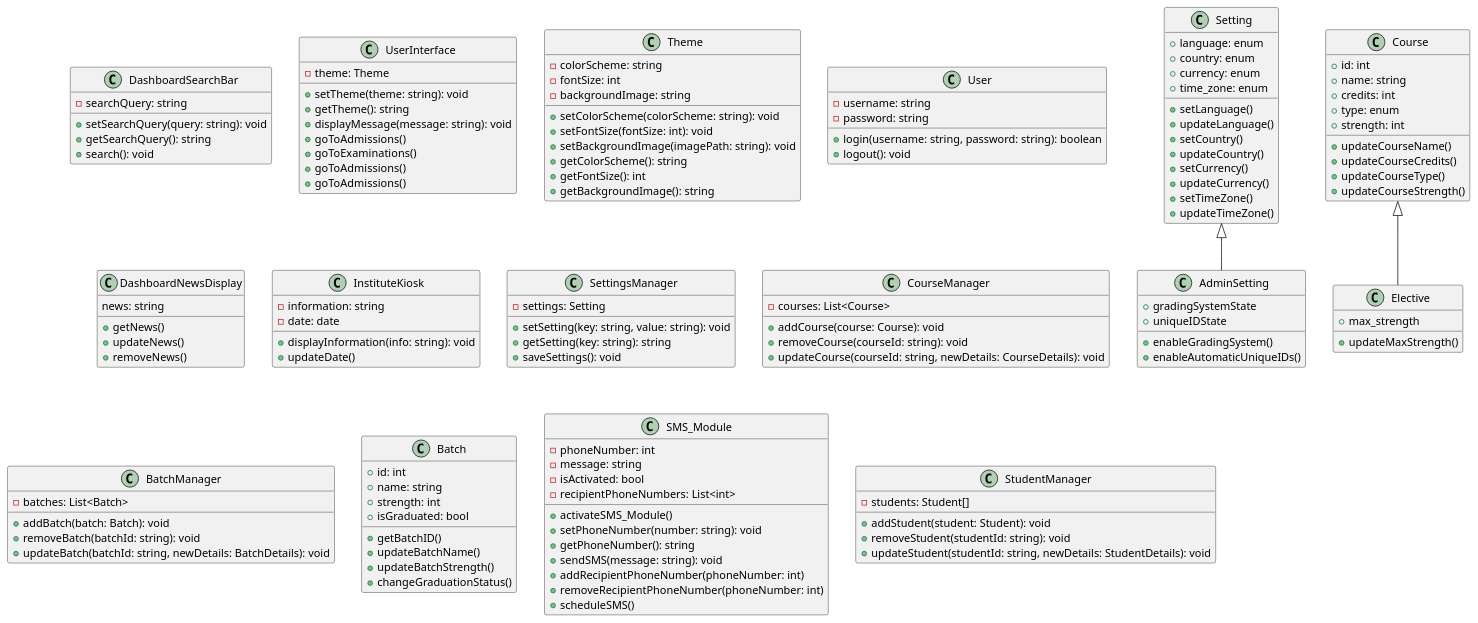
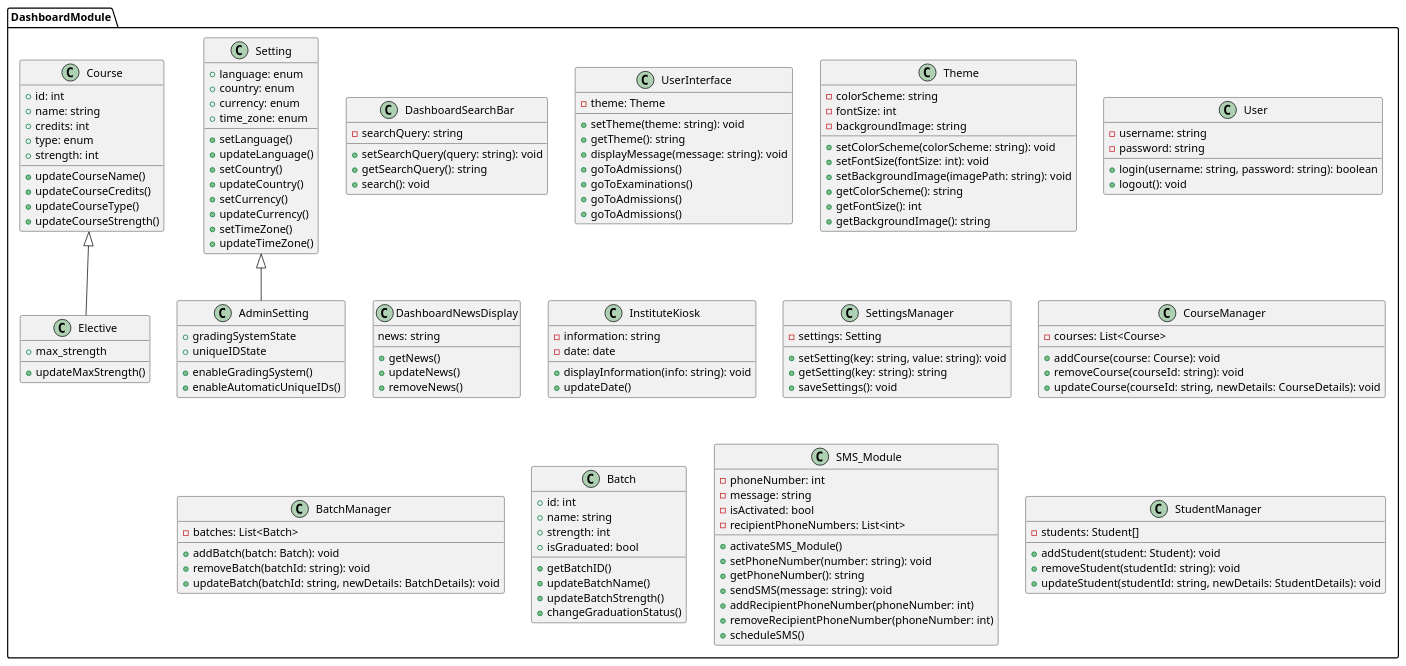
Before and after one commit to anshium/DASS-Assignment-3-IMS-System-Design: the diagram in dashboard.plantuml, drawn with PlantUML. The commit also changed 9 other files, not shown here.

```diff
--- a/dashboard.plantuml
+++ b/dashboard.plantuml
@@ -1,168 +1,169 @@
 @startuml dashboard
 
-class DashboardSearchBar {
-    - searchQuery: string
-    + setSearchQuery(query: string): void
-    + getSearchQuery(): string
-    + search(): void
+package DashboardModule {
+	class DashboardSearchBar {
+		- searchQuery: string
+		+ setSearchQuery(query: string): void
+		+ getSearchQuery(): string
+		+ search(): void
+	}
+
+	class UserInterface {
+		- theme: Theme
+		+ setTheme(theme: string): void
+		+ getTheme(): string
+		+ displayMessage(message: string): void
+		+ goToAdmissions()
+		+ goToExaminations()
+		+ goToAdmissions()
+		+ goToAdmissions()
+	}
+
+	class Theme {
+		- colorScheme: string
+		- fontSize: int
+		- backgroundImage: string
+
+		+ setColorScheme(colorScheme: string): void
+		+ setFontSize(fontSize: int): void
+		+ setBackgroundImage(imagePath: string): void
+		+ getColorScheme(): string
+		+ getFontSize(): int
+		+ getBackgroundImage(): string
+	}
+
+	class User {
+		- username: string
+		- password: string
+		+ login(username: string, password: string): boolean
+		+ logout(): void
+	}
+
+	class DashboardNewsDisplay {
+		news: string
+
+		+ getNews()
+		+ updateNews()
+		+ removeNews()
+	}
+
+	class InstituteKiosk {
+		- information: string
+		- date: date
+		+ displayInformation(info: string): void
+		+ updateDate()
+	}
+
+	class SettingsManager {
+		- settings: Setting
+		+ setSetting(key: string, value: string): void
+		+ getSetting(key: string): string
+		+ saveSettings(): void
+	}
+
+	' Setting is a class for ease of storing multiple settings
+
+	class Setting {
+		+ language: enum
+		+ country: enum
+		+ currency: enum
+		+ time_zone: enum
+
+		+ setLanguage()
+		+ updateLanguage()
+		+ setCountry()
+		+ updateCountry()
+		+ setCurrency()
+		+ updateCurrency()
+		+ setTimeZone()
+		+ updateTimeZone()
+	}
+
+	class AdminSetting extends Setting {
+		+ gradingSystemState
+		+ uniqueIDState
+
+		+ enableGradingSystem()
+		+ enableAutomaticUniqueIDs()
+	}
+
+	class CourseManager {
+		- courses: List<Course>
+
+		+ addCourse(course: Course): void
+		+ removeCourse(courseId: string): void
+		+ updateCourse(courseId: string, newDetails: CourseDetails): void
+	}
+
+	class Course {
+		+ id: int
+		+ name: string
+		+ credits: int
+		+ type: enum
+		+ strength: int
+
+		+ updateCourseName()
+		+ updateCourseCredits()
+		+ updateCourseType()
+		+ updateCourseStrength()
+	}
+
+	class Elective extends Course {
+		+ max_strength
+
+		+ updateMaxStrength()
+	}
+
+	class BatchManager {
+		- batches: List<Batch>
+		+ addBatch(batch: Batch): void
+		+ removeBatch(batchId: string): void
+		+ updateBatch(batchId: string, newDetails: BatchDetails): void
+	}
+
+	class Batch {
+		+ id: int
+		+ name: string
+		+ strength: int
+		+ isGraduated: bool
+
+		+ getBatchID()
+		+ updateBatchName()
+		+ updateBatchStrength()
+		+ changeGraduationStatus()
+	}
+
+	class SMS_Module {
+		- phoneNumber: int
+		- message: string
+		- isActivated: bool
+		- recipientPhoneNumbers: List<int>
+
+		+ activateSMS_Module()
+		+ setPhoneNumber(number: string): void
+		+ getPhoneNumber(): string
+		+ sendSMS(message: string): void
+		+ addRecipientPhoneNumber(phoneNumber: int)
+		+ removeRecipientPhoneNumber(phoneNumber: int)
+		+ scheduleSMS()
+	}
+
+	' To see
+	class StudentManager {
+		- students: Student[]
+
+		+ addStudent(student: Student): void
+		+ removeStudent(studentId: string): void
+		+ updateStudent(studentId: string, newDetails: StudentDetails): void
+		'Student categories need to be added'
+	}
+
+	' DashboardSearchBar -- UserInterface
+	' UserInterface -- User
+	' User -- InstituteKiosk
+	' SettingsManager -- UserInterface
+	' CourseManager -- BatchManager
+	' SMS_Module -- UserInterface
+	' StudentManager -- CourseManager
 }
-
-class UserInterface {
-    - theme: Theme
-    + setTheme(theme: string): void
-    + getTheme(): string
-    + displayMessage(message: string): void
-	+ goToAdmissions()
-	+ goToExaminations()
-	+ goToAdmissions()
-	+ goToAdmissions()
-}
-
-class Theme {
-    - colorScheme: string
-    - fontSize: int
-    - backgroundImage: string
-
-    + setColorScheme(colorScheme: string): void
-    + setFontSize(fontSize: int): void
-    + setBackgroundImage(imagePath: string): void
-    + getColorScheme(): string
-    + getFontSize(): int
-    + getBackgroundImage(): string
-}
-
-class User {
-    - username: string
-    - password: string
-    + login(username: string, password: string): boolean
-    + logout(): void
-}
-
-class DashboardNewsDisplay {
-	news: string
-
-	+ getNews()
-	+ updateNews()
-	+ removeNews()
-}
-
-class InstituteKiosk {
-	- information: string
-	- date: date
-    + displayInformation(info: string): void
-	+ updateDate()
-}
-
-class SettingsManager {
-    - settings: Setting
-    + setSetting(key: string, value: string): void
-    + getSetting(key: string): string
-    + saveSettings(): void
-}
-
-' Setting is a class for ease of storing multiple settings
-
-class Setting {
-	+ language: enum
-	+ country: enum
-	+ currency: enum
-	+ time_zone: enum
-
-	+ setLanguage()
-	+ updateLanguage()
-	+ setCountry()
-	+ updateCountry()
-	+ setCurrency()
-	+ updateCurrency()
-	+ setTimeZone()
-	+ updateTimeZone()
-}
-
-class AdminSetting extends Setting {
-	+ gradingSystemState
-	+ uniqueIDState
-
-	+ enableGradingSystem()
-	+ enableAutomaticUniqueIDs()
-}
-
-class CourseManager {
-    - courses: List<Course>
-
-    + addCourse(course: Course): void
-    + removeCourse(courseId: string): void
-    + updateCourse(courseId: string, newDetails: CourseDetails): void
-}
-
-class Course {
-	+ id: int
-	+ name: string
-	+ credits: int
-	+ type: enum
-	+ strength: int
-
-	+ updateCourseName()
-	+ updateCourseCredits()
-	+ updateCourseType()
-	+ updateCourseStrength()
-}
-
-class Elective extends Course {
-	+ max_strength
-
-	+ updateMaxStrength()
-}
-
-class BatchManager {
-    - batches: List<Batch>
-    + addBatch(batch: Batch): void
-    + removeBatch(batchId: string): void
-    + updateBatch(batchId: string, newDetails: BatchDetails): void
-}
-
-class Batch {
-	+ id: int
-	+ name: string
-	+ strength: int
-	+ isGraduated: bool
-
-	+ getBatchID()
-	+ updateBatchName()
-	+ updateBatchStrength()
-	+ changeGraduationStatus()
-}
-
-class SMS_Module {
-    - phoneNumber: int
-	- message: string
-	- isActivated: bool
-	- recipientPhoneNumbers: List<int>
-
-	+ activateSMS_Module()
-    + setPhoneNumber(number: string): void
-    + getPhoneNumber(): string
-    + sendSMS(message: string): void
-	+ addRecipientPhoneNumber(phoneNumber: int)
-	+ removeRecipientPhoneNumber(phoneNumber: int)
-	+ scheduleSMS()
-}
-
-' To see
-class StudentManager {
-    - students: Student[]
-
-    + addStudent(student: Student): void
-    + removeStudent(studentId: string): void
-    + updateStudent(studentId: string, newDetails: StudentDetails): void
-	'Student categories need to be added'
-}
-
-' DashboardSearchBar -- UserInterface
-' UserInterface -- User
-' User -- InstituteKiosk
-' SettingsManager -- UserInterface
-' CourseManager -- BatchManager
-' SMS_Module -- UserInterface
-' StudentManager -- CourseManager
-
 @enduml
```
